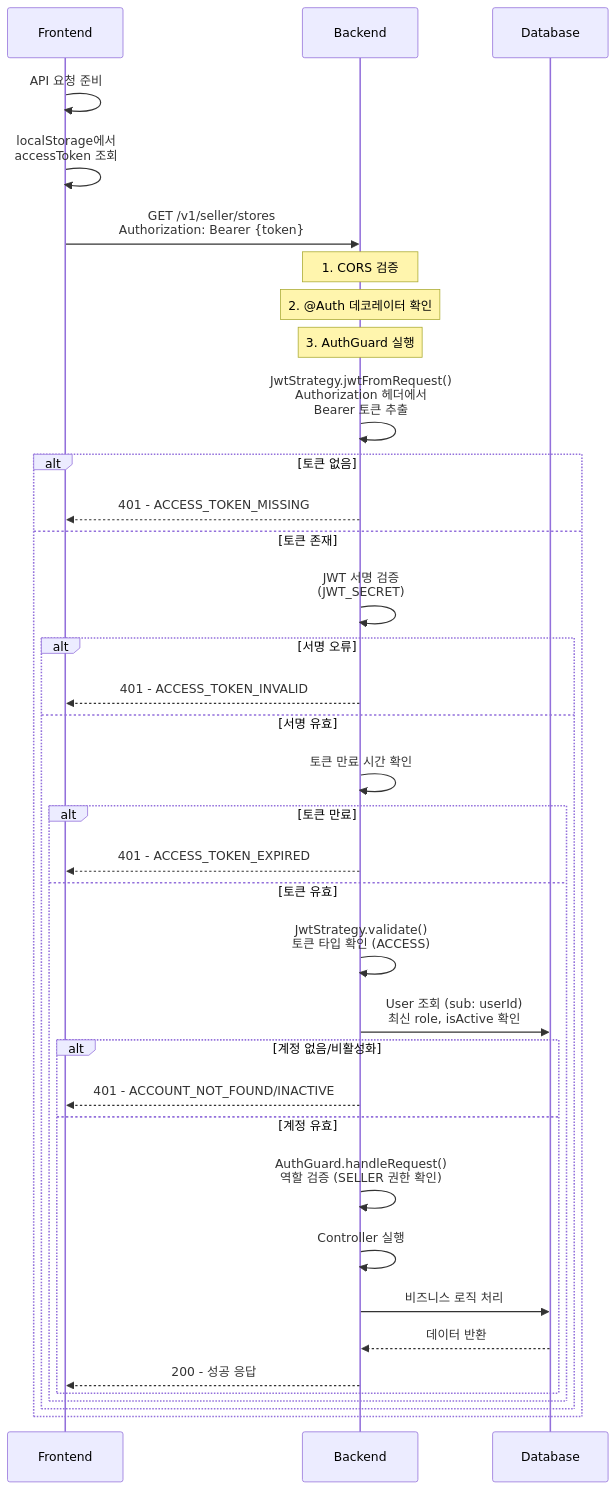
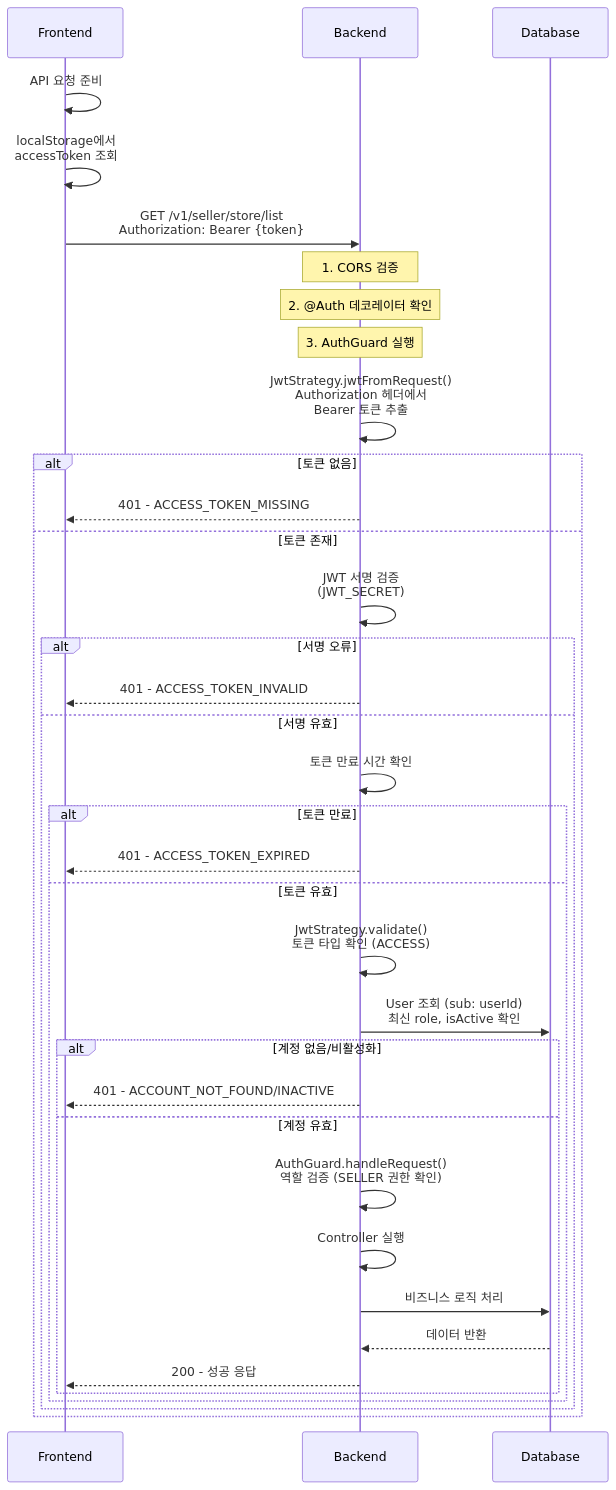
Before and after one commit to ServicePlayground/picake: the second of 5 diagrams in docs/common/feature/판매자 인증.md, drawn with Mermaid. The commit also changed other lines of this file and 17 other files, not shown here.

````diff
--- a/docs/common/feature/판매자 인증.md
+++ b/docs/common/feature/판매자 인증.md
@@ -57,43 +50,43 @@
 ```mermaid
 sequenceDiagram
     participant F as Frontend
     participant B as Backend
     participant DB as Database
 
     F->>F: API 요청 준비
     F->>F: localStorage에서<br/>accessToken 조회
-    F->>B: GET /v1/seller/stores<br/>Authorization: Bearer {token}
+    F->>B: GET /v1/seller/store/list<br/>Authorization: Bearer {token}
 
     Note over B: 1. CORS 검증
     Note over B: 2. @Auth 데코레이터 확인
     Note over B: 3. AuthGuard 실행
 
     B->>B: JwtStrategy.jwtFromRequest()<br/>Authorization 헤더에서<br/>Bearer 토큰 추출
 
     alt 토큰 없음
         B-->>F: 401 - ACCESS_TOKEN_MISSING
     else 토큰 존재
         B->>B: JWT 서명 검증<br/>(JWT_SECRET)
         alt 서명 오류
             B-->>F: 401 - ACCESS_TOKEN_INVALID
         else 서명 유효
             B->>B: 토큰 만료 시간 확인
             alt 토큰 만료
                 B-->>F: 401 - ACCESS_TOKEN_EXPIRED
             else 토큰 유효
                 B->>B: JwtStrategy.validate()<br/>토큰 타입 확인 (ACCESS)
                 B->>DB: User 조회 (sub: userId)<br/>최신 role, isActive 확인
 
                 alt 계정 없음/비활성화
                     B-->>F: 401 - ACCOUNT_NOT_FOUND/INACTIVE
                 else 계정 유효
                     B->>B: AuthGuard.handleRequest()<br/>역할 검증 (SELLER 권한 확인)
                     B->>B: Controller 실행
                     B->>DB: 비즈니스 로직 처리
                     DB-->>B: 데이터 반환
                     B-->>F: 200 - 성공 응답
                 end
             end
         end
     end
 ```
````
